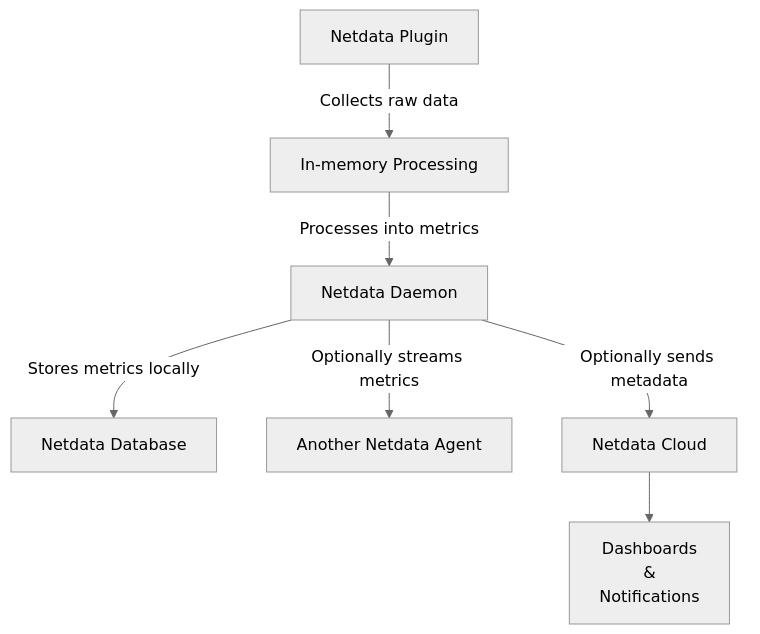
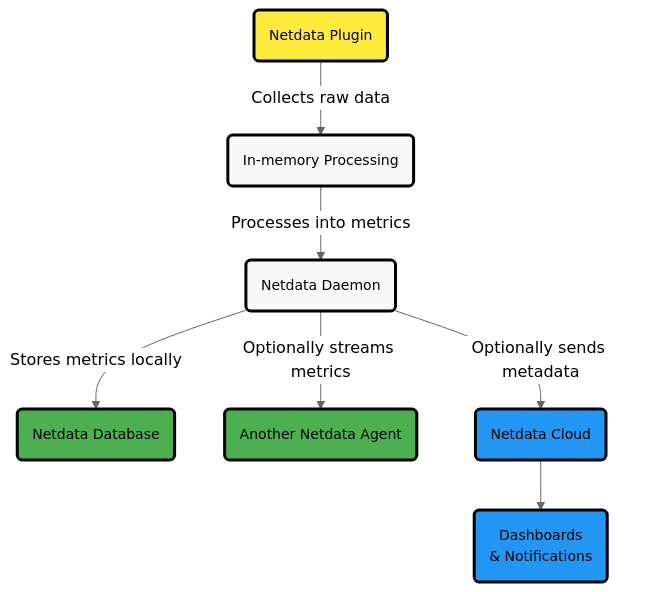
The diagram in docs/security-and-privacy-design/netdata-agent-security.md (netdata/netdata), drawn with Mermaid (neutral theme) before and after one commit. The commit also changed other lines of this file and 21 other files, not shown here.

Commit message:
Fix Mermaid diagrams across multiple files

````diff
--- a/docs/security-and-privacy-design/netdata-agent-security.md
+++ b/docs/security-and-privacy-design/netdata-agent-security.md
@@ -73,9 +69,21 @@
 ```mermaid
 flowchart TD
-    A[Netdata Plugin] -->|Collects raw data| B[In-memory Processing]
-    B -->|Processes into metrics| C[Netdata Daemon]
-    C -->|Stores metrics locally| D[Netdata Database]
-    C -->|Optionally streams metrics| E[Another Netdata Agent]
-    C -->|Optionally sends metadata| F[Netdata Cloud]
-    F --> G[Dashboards <br/>&<br/> Notifications]
+    A("Netdata Plugin") -->|"Collects raw data"| B("In-memory Processing")
+    B -->|"Processes into metrics"| C("Netdata Daemon")
+    C -->|"Stores metrics locally"| D("Netdata Database")
+    C -->|"Optionally streams metrics"| E("Another Netdata Agent")
+    C -->|"Optionally sends metadata"| F("Netdata Cloud")
+    F --> G("Dashboards<br/>& Notifications")
+
+    %% Style definitions
+    classDef alert fill:#ffeb3b,stroke:#000000,stroke-width:3px,color:#000000,font-size:14px
+    classDef neutral fill:#f9f9f9,stroke:#000000,stroke-width:3px,color:#000000,font-size:14px
+    classDef complete fill:#4caf50,stroke:#000000,stroke-width:3px,color:#000000,font-size:14px
+    classDef database fill:#2196F3,stroke:#000000,stroke-width:3px,color:#000000,font-size:14px
+
+    %% Apply styles
+    class A alert
+    class B,C neutral
+    class D,E complete
+    class F,G database
 ```
````
